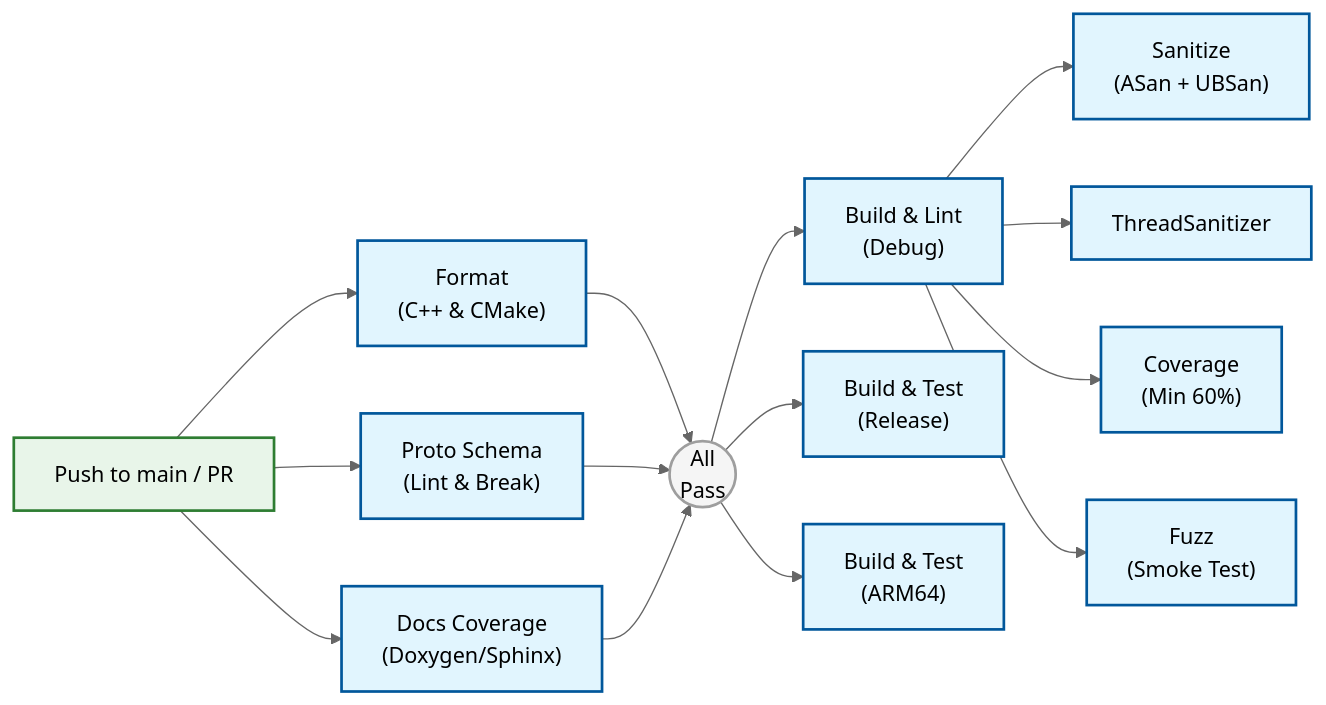
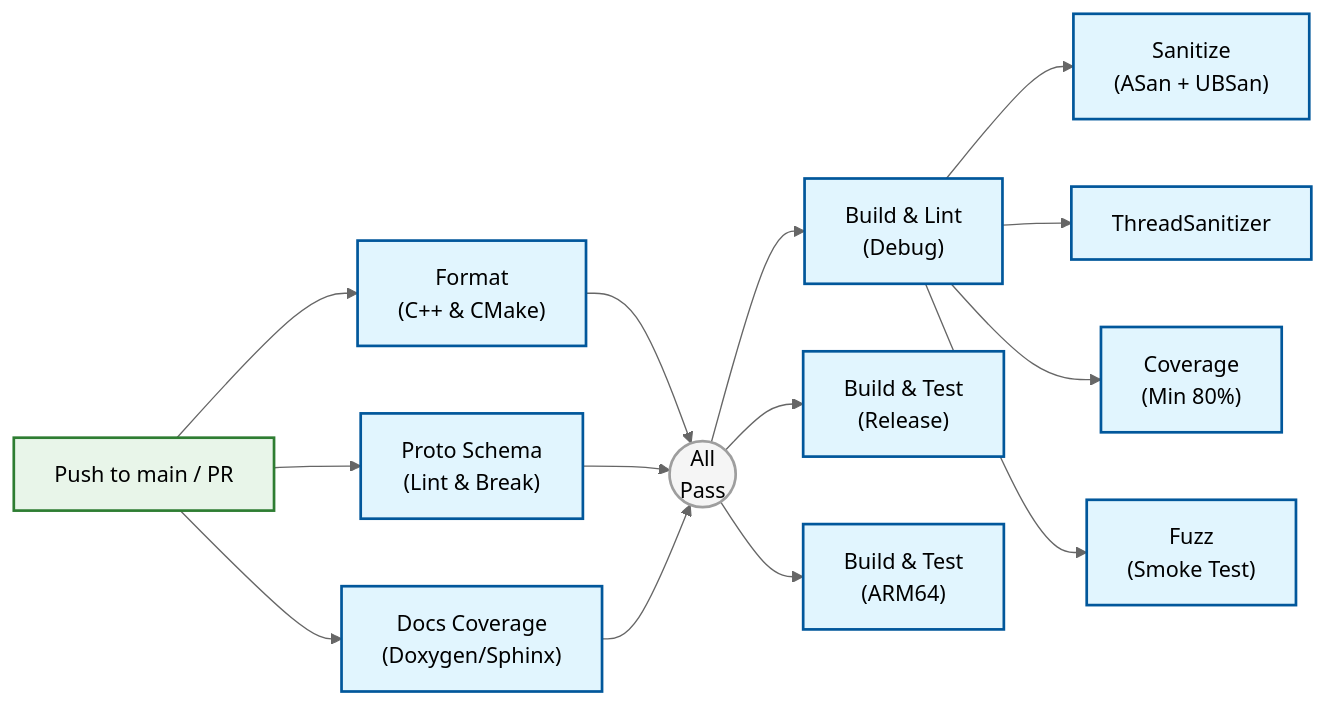
Before and after one commit to Unmanned-Constellation/orion: the second of 3 diagrams in docs/ci-cd.md, drawn with Mermaid (neutral theme). The commit also changed other lines of this file and 40 other files, not shown here.

````diff
--- a/docs/ci-cd.md
+++ b/docs/ci-cd.md
@@ -95,25 +95,25 @@
 ```{mermaid}
 flowchart LR
     classDef trigger fill:#e8f5e9,stroke:#2e7d32,stroke-width:2px,color:#000
     classDef container fill:#e1f5fe,stroke:#01579b,stroke-width:2px,color:#000
     classDef gate fill:#f5f5f5,stroke:#9e9e9e,stroke-width:2px,color:#000
 
     Trigger["Push to main / PR"]:::trigger
 
     Trigger --> Fmt["Format<br/>(C++ & CMake)"]:::container
     Trigger --> Pro["Proto Schema<br/>(Lint & Break)"]:::container
     Trigger --> Doc["Docs Coverage<br/>(Doxygen/Sphinx)"]:::container
 
     Gate1(("All<br/>Pass")):::gate
 
     Fmt & Pro & Doc --> Gate1
 
     Gate1 --> BldDbg["Build & Lint<br/>(Debug)"]:::container
     Gate1 --> BldRel["Build & Test<br/>(Release)"]:::container
     Gate1 --> BldArm["Build & Test<br/>(ARM64)"]:::container
 
     BldDbg --> San["Sanitize<br/>(ASan + UBSan)"]:::container
     BldDbg --> TSan["ThreadSanitizer"]:::container
-    BldDbg --> Cov["Coverage<br/>(Min 60%)"]:::container
+    BldDbg --> Cov["Coverage<br/>(Min 80%)"]:::container
     BldDbg --> Fuz["Fuzz<br/>(Smoke Test)"]:::container
 ```
````
